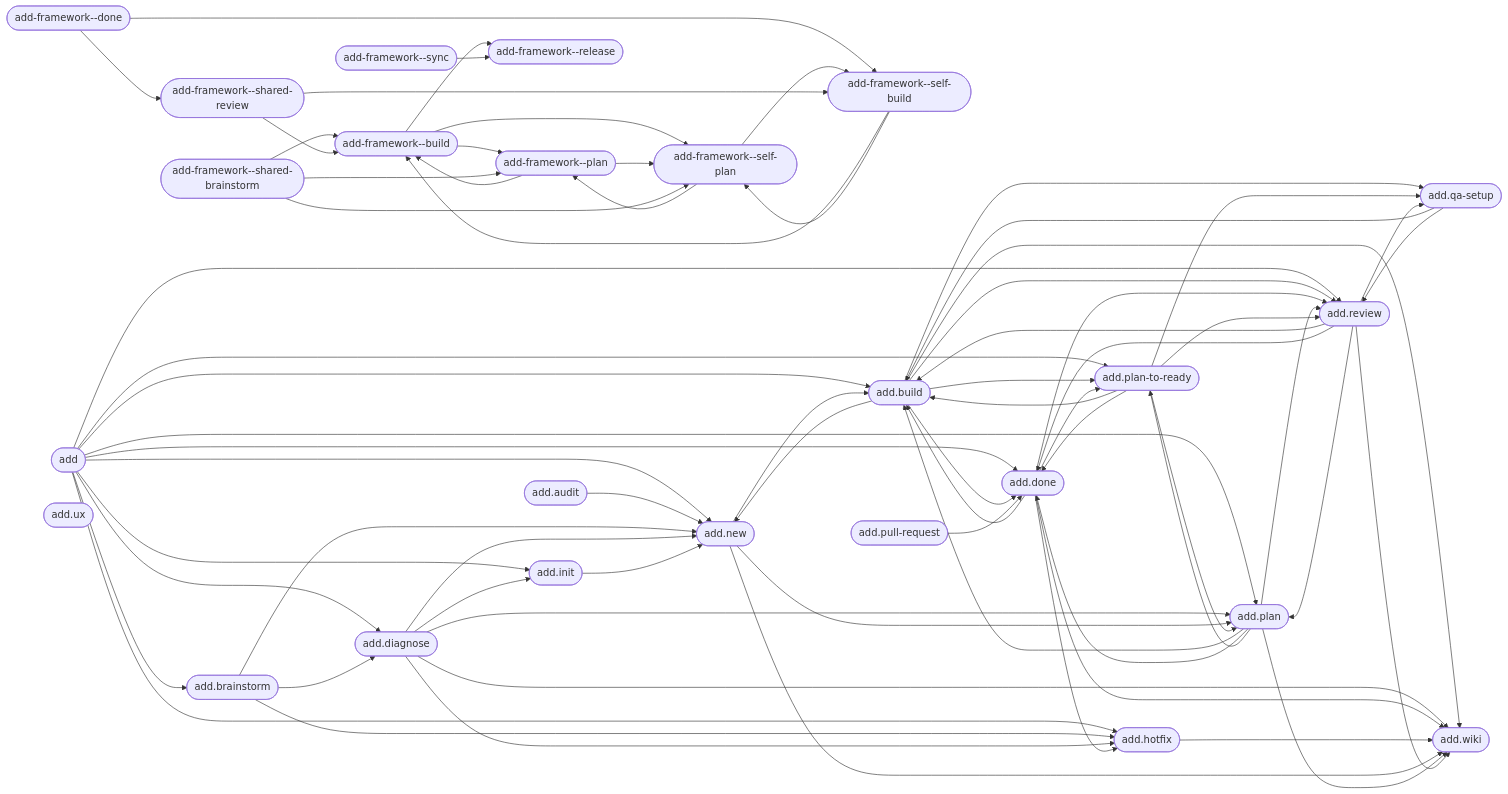
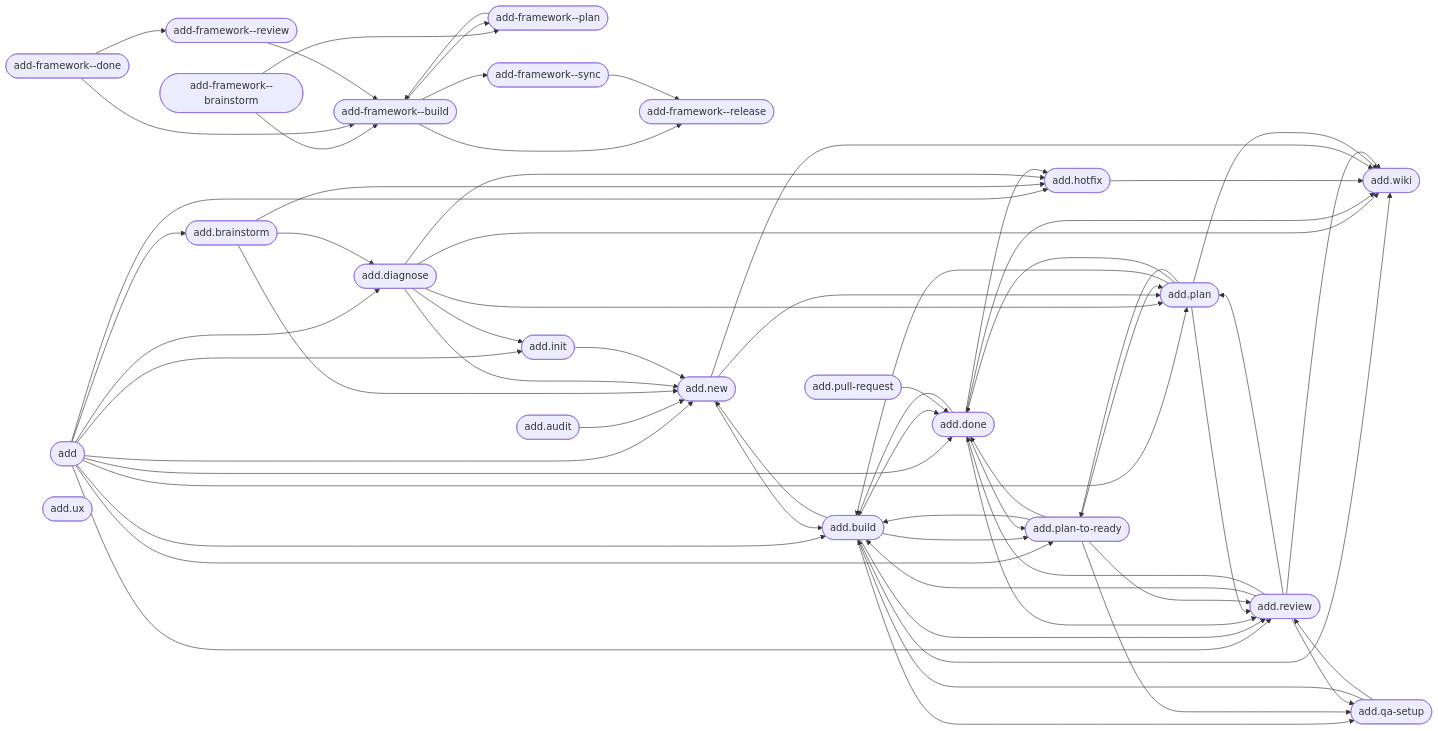
One commit to brabos-ai/code-addiction changed the diagram in web/public/artefact-graph.mmd. Above: the diagram before and after it, drawn with Mermaid. The commit also changed 33 other files, not shown here.

First line of the commit message:
refactor(internal): one layer-aware plan/build pair, four extracted skills (#40)

```diff
--- a/web/public/artefact-graph.mmd
+++ b/web/public/artefact-graph.mmd
@@ -1,96 +1,87 @@
 flowchart LR
+    n_internal_command_add_framework__brainstorm(["add-framework--brainstorm"])
     n_internal_command_add_framework__build(["add-framework--build"])
     n_internal_command_add_framework__done(["add-framework--done"])
     n_internal_command_add_framework__plan(["add-framework--plan"])
     n_internal_command_add_framework__release(["add-framework--release"])
-    n_internal_command_add_framework__self_build(["add-framework--self-build"])
-    n_internal_command_add_framework__self_plan(["add-framework--self-plan"])
-    n_internal_command_add_framework__shared_brainstorm(["add-framework--shared-brainstorm"])
-    n_internal_command_add_framework__shared_review(["add-framework--shared-review"])
+    n_internal_command_add_framework__review(["add-framework--review"])
     n_internal_command_add_framework__sync(["add-framework--sync"])
     n_product_command_add(["add"])
     n_product_command_add_audit(["add.audit"])
     n_product_command_add_brainstorm(["add.brainstorm"])
     n_product_command_add_build(["add.build"])
     n_product_command_add_diagnose(["add.diagnose"])
     n_product_command_add_done(["add.done"])
     n_product_command_add_hotfix(["add.hotfix"])
     n_product_command_add_init(["add.init"])
     n_product_command_add_new(["add.new"])
     n_product_command_add_plan(["add.plan"])
     n_product_command_add_plan_to_ready(["add.plan-to-ready"])
     n_product_command_add_pull_request(["add.pull-request"])
     n_product_command_add_qa_setup(["add.qa-setup"])
     n_product_command_add_review(["add.review"])
     n_product_command_add_ux(["add.ux"])
     n_product_command_add_wiki(["add.wiki"])
+    n_internal_command_add_framework__brainstorm --> n_internal_command_add_framework__build
+    n_internal_command_add_framework__brainstorm --> n_internal_command_add_framework__plan
     n_internal_command_add_framework__build --> n_internal_command_add_framework__plan
     n_internal_command_add_framework__build --> n_internal_command_add_framework__release
-    n_internal_command_add_framework__build --> n_internal_command_add_framework__self_plan
-    n_internal_command_add_framework__done --> n_internal_command_add_framework__self_build
-    n_internal_command_add_framework__done --> n_internal_command_add_framework__shared_review
+    n_internal_command_add_framework__build --> n_internal_command_add_framework__sync
+    n_internal_command_add_framework__done --> n_internal_command_add_framework__build
+    n_internal_command_add_framework__done --> n_internal_command_add_framework__review
     n_internal_command_add_framework__plan --> n_internal_command_add_framework__build
-    n_internal_command_add_framework__plan --> n_internal_command_add_framework__self_plan
-    n_internal_command_add_framework__self_build --> n_internal_command_add_framework__build
-    n_internal_command_add_framework__self_build --> n_internal_command_add_framework__self_plan
-    n_internal_command_add_framework__self_plan --> n_internal_command_add_framework__plan
-    n_internal_command_add_framework__self_plan --> n_internal_command_add_framework__self_build
-    n_internal_command_add_framework__shared_brainstorm --> n_internal_command_add_framework__build
-    n_internal_command_add_framework__shared_brainstorm --> n_internal_command_add_framework__plan
-    n_internal_command_add_framework__shared_brainstorm --> n_internal_command_add_framework__self_plan
-    n_internal_command_add_framework__shared_review --> n_internal_command_add_framework__build
-    n_internal_command_add_framework__shared_review --> n_internal_command_add_framework__self_build
+    n_internal_command_add_framework__review --> n_internal_command_add_framework__build
     n_internal_command_add_framework__sync --> n_internal_command_add_framework__release
     n_product_command_add --> n_product_command_add_brainstorm
     n_product_command_add --> n_product_command_add_build
     n_product_command_add --> n_product_command_add_diagnose
     n_product_command_add --> n_product_command_add_done
     n_product_command_add --> n_product_command_add_hotfix
     n_product_command_add --> n_product_command_add_init
     n_product_command_add --> n_product_command_add_new
     n_product_command_add --> n_product_command_add_plan
     n_product_command_add --> n_product_command_add_plan_to_ready
     n_product_command_add --> n_product_command_add_review
     n_product_command_add_audit --> n_product_command_add_new
     n_product_command_add_brainstorm --> n_product_command_add_diagnose
     n_product_command_add_brainstorm --> n_product_command_add_hotfix
     n_product_command_add_brainstorm --> n_product_command_add_new
     n_product_command_add_build --> n_product_command_add_done
     n_product_command_add_build --> n_product_command_add_new
     n_product_command_add_build --> n_product_command_add_plan_to_ready
     n_product_command_add_build --> n_product_command_add_qa_setup
     n_product_command_add_build --> n_product_command_add_review
     n_product_command_add_build --> n_product_command_add_wiki
     n_product_command_add_diagnose --> n_product_command_add_hotfix
     n_product_command_add_diagnose --> n_product_command_add_init
     n_product_command_add_diagnose --> n_product_command_add_new
     n_product_command_add_diagnose --> n_product_command_add_plan
     n_product_command_add_diagnose --> n_product_command_add_wiki
     n_product_command_add_done --> n_product_command_add_build
     n_product_command_add_done --> n_product_command_add_hotfix
     n_product_command_add_done --> n_product_command_add_plan_to_ready
     n_product_command_add_done --> n_product_command_add_review
     n_product_command_add_done --> n_product_command_add_wiki
     n_product_command_add_hotfix --> n_product_command_add_wiki
     n_product_command_add_init --> n_product_command_add_new
     n_product_command_add_new --> n_product_command_add_build
     n_product_command_add_new --> n_product_command_add_plan
     n_product_command_add_new --> n_product_command_add_wiki
     n_product_command_add_plan --> n_product_command_add_build
     n_product_command_add_plan --> n_product_command_add_done
     n_product_command_add_plan --> n_product_command_add_plan_to_ready
     n_product_command_add_plan --> n_product_command_add_review
     n_product_command_add_plan --> n_product_command_add_wiki
     n_product_command_add_plan_to_ready --> n_product_command_add_build
     n_product_command_add_plan_to_ready --> n_product_command_add_done
     n_product_command_add_plan_to_ready --> n_product_command_add_plan
     n_product_command_add_plan_to_ready --> n_product_command_add_qa_setup
     n_product_command_add_plan_to_ready --> n_product_command_add_review
     n_product_command_add_pull_request --> n_product_command_add_done
     n_product_command_add_qa_setup --> n_product_command_add_build
     n_product_command_add_qa_setup --> n_product_command_add_review
     n_product_command_add_review --> n_product_command_add_build
     n_product_command_add_review --> n_product_command_add_done
     n_product_command_add_review --> n_product_command_add_plan
     n_product_command_add_review --> n_product_command_add_qa_setup
     n_product_command_add_review --> n_product_command_add_wiki
```
